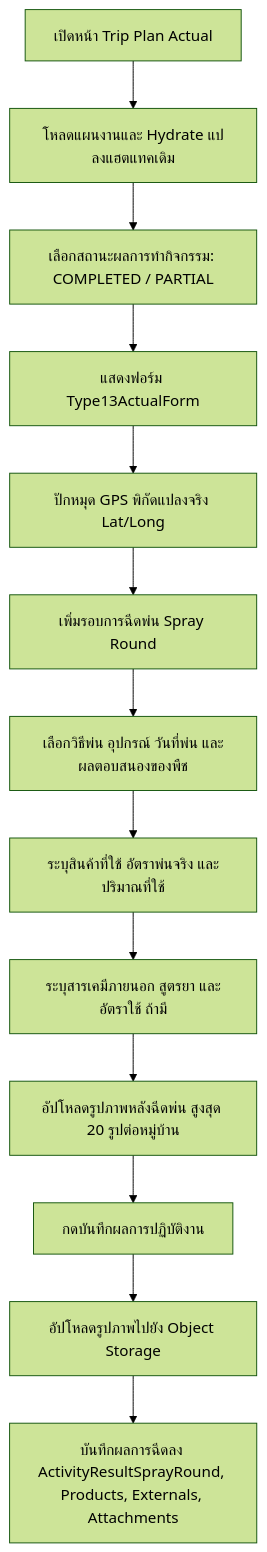
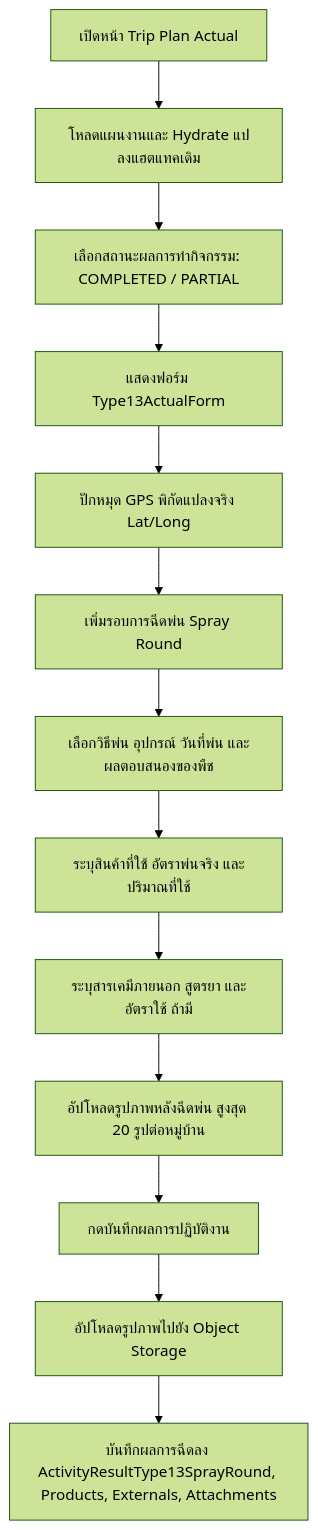
Before and after one commit to bankhk10/crm-bank: the second of 3 diagrams in modules/activity/features/type-13/README.md, drawn with Mermaid (forest theme). The commit also changed other lines of this file and 39 other files, not shown here.

````diff
--- a/modules/activity/features/type-13/README.md
+++ b/modules/activity/features/type-13/README.md
@@ -68,15 +70,15 @@
 ```mermaid
 graph TD
     A[เปิดหน้า Trip Plan Actual] --> B[โหลดแผนงานและ Hydrate แปลงแฮตแทคเดิม]
     B --> C[เลือกสถานะผลการทำกิจกรรม: COMPLETED / PARTIAL]
     C --> D[แสดงฟอร์ม Type13ActualForm]
     D --> E[ปักหมุด GPS พิกัดแปลงจริง Lat/Long]
     E --> F[เพิ่มรอบการฉีดพ่น Spray Round]
     F --> G[เลือกวิธีพ่น อุปกรณ์ วันที่พ่น และผลตอบสนองของพืช]
     G --> H[ระบุสินค้าที่ใช้ อัตราพ่นจริง และปริมาณที่ใช้]
     H --> I[ระบุสารเคมีภายนอก สูตรยา และอัตราใช้ ถ้ามี]
     I --> J[อัปโหลดรูปภาพหลังฉีดพ่น สูงสุด 20 รูปต่อหมู่บ้าน]
     J --> K[กดบันทึกผลการปฏิบัติงาน]
     K --> L[อัปโหลดรูปภาพไปยัง Object Storage]
-    L --> M[บันทึกผลการฉีดลง ActivityResultSprayRound, Products, Externals, Attachments]
+    L --> M[บันทึกผลการฉีดลง ActivityResultType13SprayRound, Products, Externals, Attachments]
 ```
````
